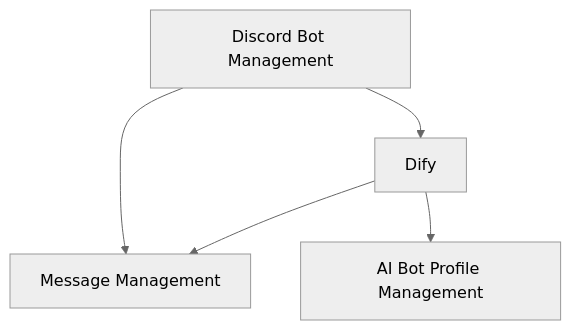
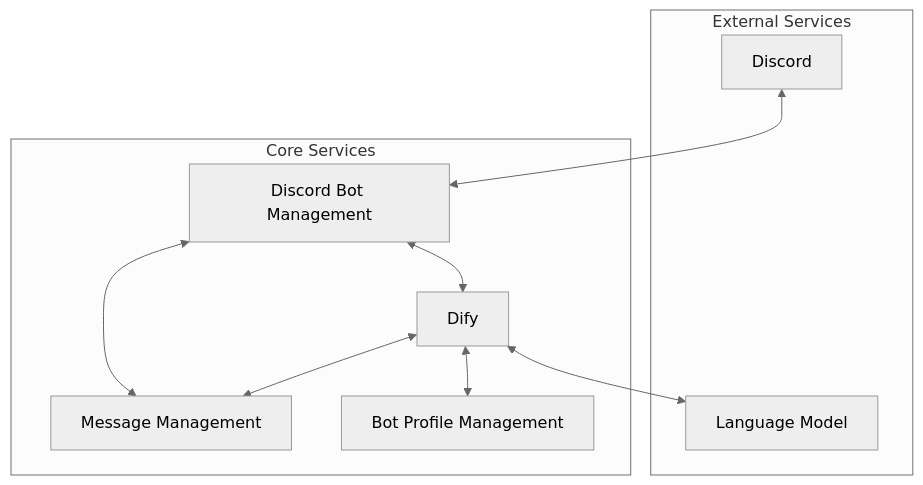
Before and after one commit to FungiFur-Strikers/.github: the first of 2 diagrams in profile/ai-bot-platform.md, drawn with Mermaid (neutral theme). The commit also changed other lines of this file, not shown here.

````diff
--- a/profile/ai-bot-platform.md
+++ b/profile/ai-bot-platform.md
@@ -9,7 +13,24 @@
 ```mermaid
 graph TD
-    A[Discord Bot Management] --> B[Message Management]
-    A --> C[Dify]
-    C --> B
-    C --> D[AI Bot Profile Management]
+    subgraph "External Services"
+        Discord[Discord]
+        LLM[Language Model]
+    end
+    
+    subgraph "Core Services"
+        DBM[Discord Bot Management]
+        MM[Message Management]
+        DIFY[Dify]
+        BPM[Bot Profile Management]
+    end
+    
+    Discord <--> DBM
+    DBM <--> MM
+    DBM <--> DIFY
+    DIFY <--> MM
+    DIFY <--> BPM
+    DIFY <--> LLM
+
+    class Discord,LLM external
+    class DBM,MM,DIFY,BPM core
 ```
````
